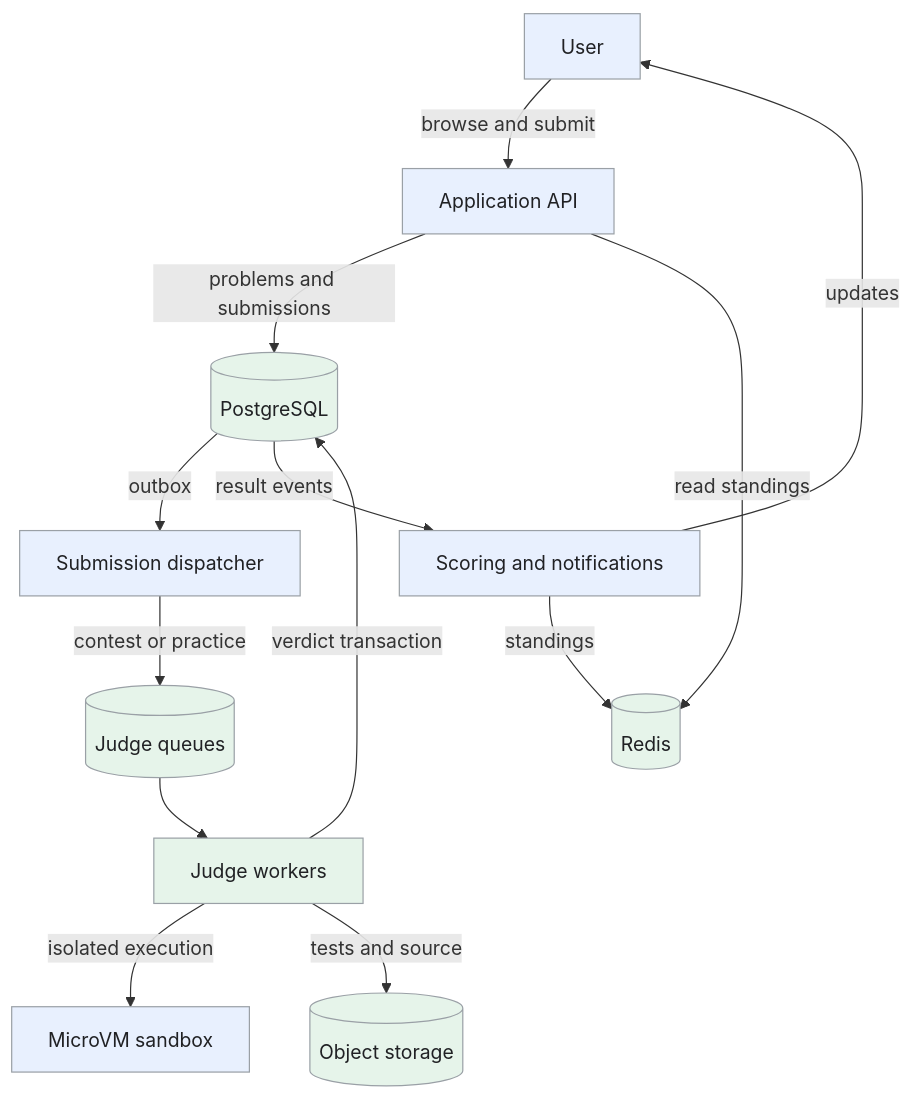
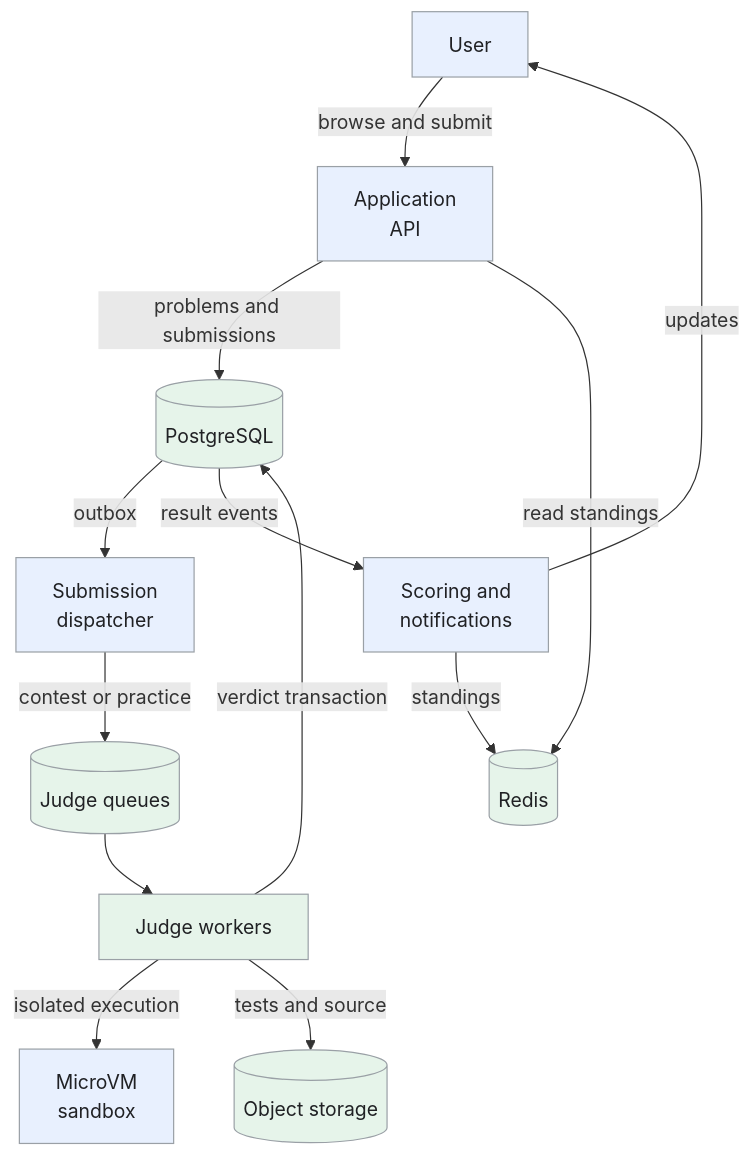
Before and after one commit to iliazlobin/iliazlobin.github.io: the first of 5 diagrams in _designs/system-design-leetcode.md, drawn with Mermaid. The commit also changed other lines of this file and 116 other files, not shown here.

````diff
--- a/_designs/system-design-leetcode.md
+++ b/_designs/system-design-leetcode.md
@@ -140,20 +140,20 @@
 ```mermaid
 flowchart TB
-  U[User] -->|browse and submit| API[Application API]
+  U[User] -->|browse and submit| API["Application<br>API"]
   API -->|problems and submissions| DB[(PostgreSQL)]
-  DB -->|outbox| D[Submission dispatcher]
+  DB -->|outbox| D["Submission<br>dispatcher"]
   D -->|contest or practice| Q[(Judge queues)]
   Q --> W[Judge workers]
-  W -->|isolated execution| VM[MicroVM sandbox]
+  W -->|isolated execution| VM["MicroVM<br>sandbox"]
   W -->|tests and source| O[(Object storage)]
   W -->|verdict transaction| DB
-  DB -->|result events| S[Scoring and notifications]
+  DB -->|result events| S["Scoring and<br>notifications"]
   S -->|standings| R[(Redis)]
   S -->|updates| U
   API -->|read standings| R
   classDef request fill:#e8f0fe,stroke:#9aa0a6,color:#202124,stroke-width:1px
   classDef background fill:#e6f4ea,stroke:#9aa0a6,color:#202124,stroke-width:1px
   classDef control fill:#fef7e0,stroke:#9aa0a6,color:#202124,stroke-width:1px
   class U,API,D,VM,S request
   class DB,Q,W,O,R background
 ```
````
